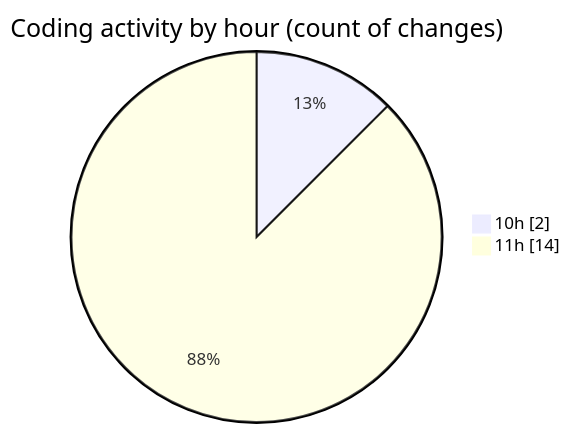
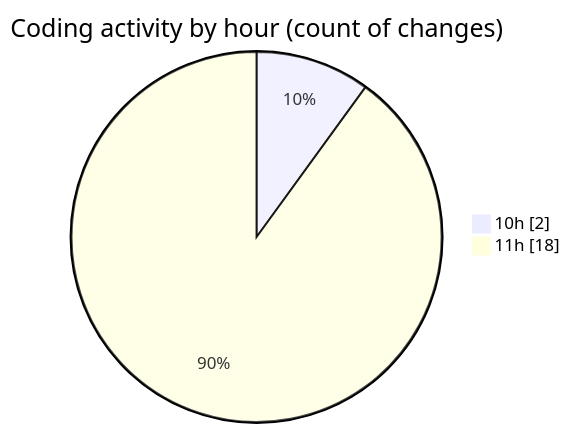
One commit to nxtqubesakshisongat/code-tracking changed the second of 2 diagrams in 2025-08-05/nxtqube_webapp/README.md. Above: the diagram before and after it, drawn with Mermaid. The commit also changed other lines of this file and 1 other file, not shown here.

````diff
--- a/2025-08-05/nxtqube_webapp/README.md
+++ b/2025-08-05/nxtqube_webapp/README.md
@@ -31,6 +32,6 @@
 ```mermaid
 pie showData
 title Coding activity by hour (count of changes)
 "10h" : 2
-"11h" : 14
+"11h" : 18
 ```
````
